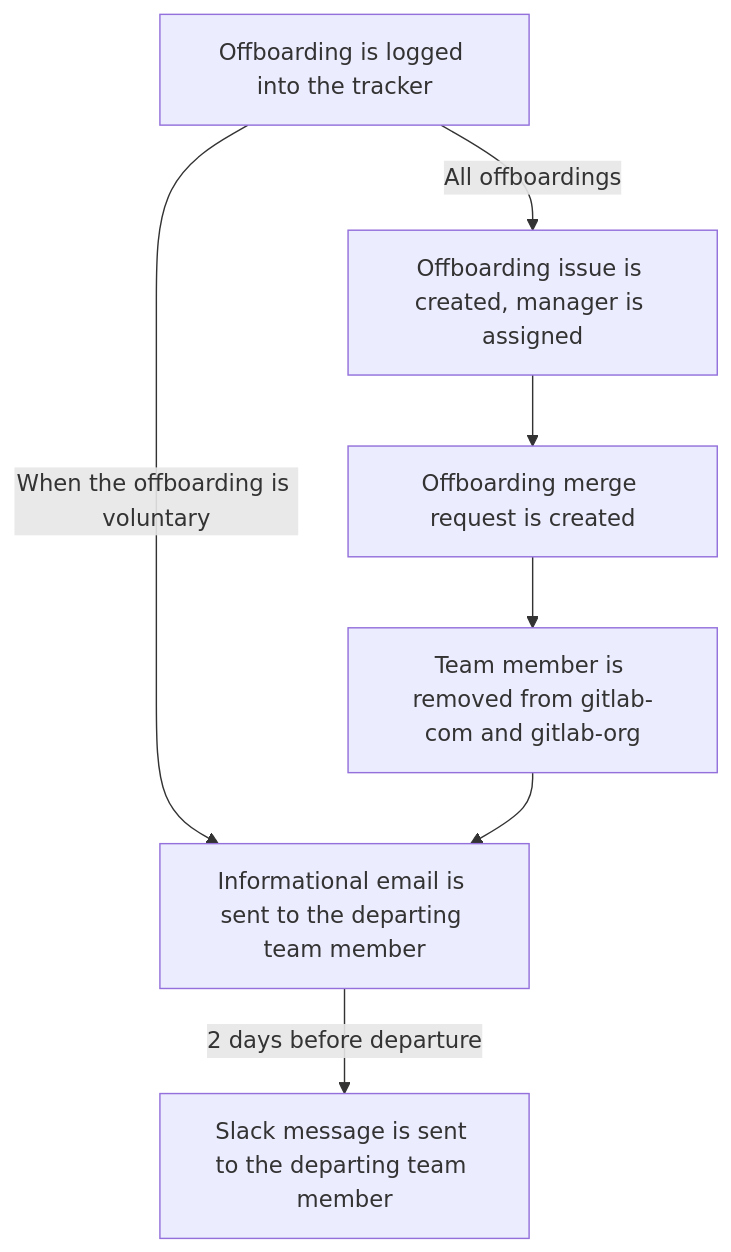
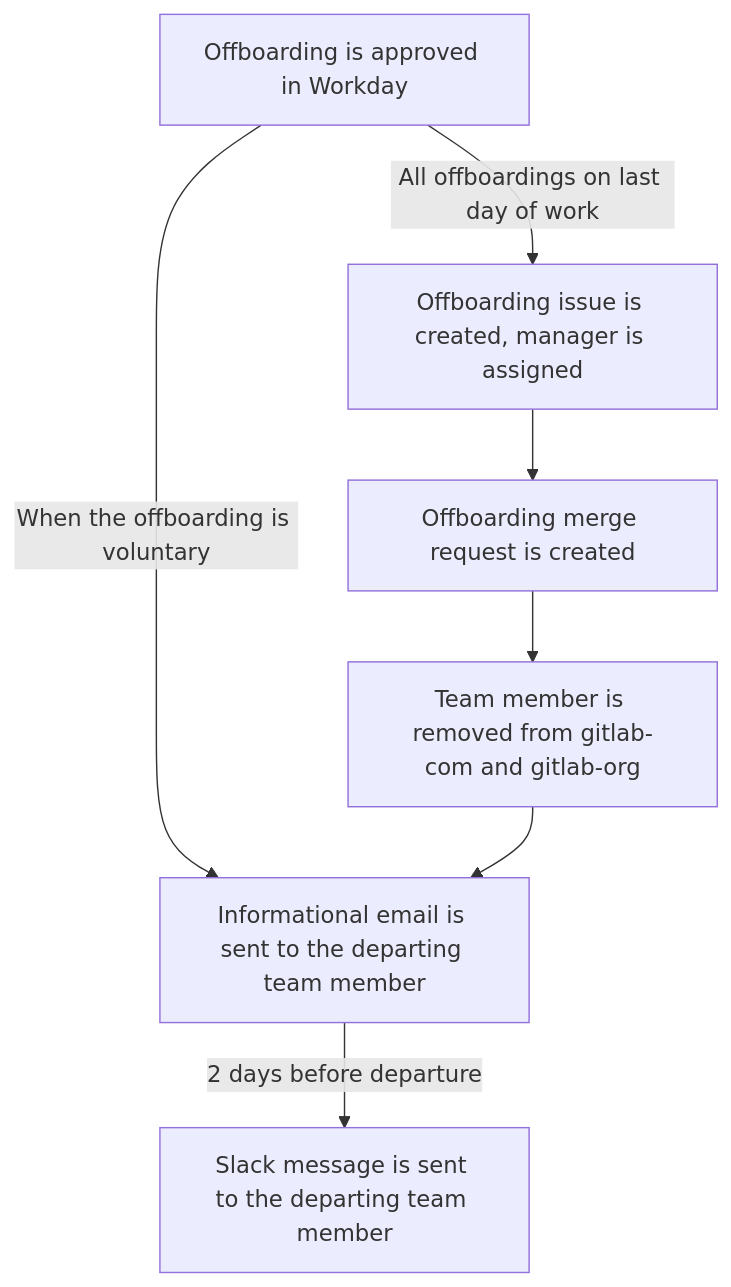
One commit to secretstartups/handbook changed the diagram in content/handbook/people-group/engineering/offboarding.md. Above: the diagram before and after it, drawn with Mermaid. The commit also changed other lines of this file, not shown here.

Commit message:
Update offboarding timeline flow and scheduled offboarding docs

````diff
--- a/content/handbook/people-group/engineering/offboarding.md
+++ b/content/handbook/people-group/engineering/offboarding.md
@@ -14,10 +14,10 @@
 ```mermaid
 graph TD
-  A[Offboarding is logged into the tracker] --> |All offboardings| B
+  A[Offboarding is approved in Workday] --> |All offboardings on last day of work| B
   A --> |When the offboarding is voluntary| G
   B[Offboarding issue is created, manager is assigned] --> C
   C[Offboarding merge request is created] --> D
   D[Team member is removed from gitlab-com and gitlab-org] --> G
   G[Informational email is sent to the departing team member] --> |2 days before departure| H
   H[Slack message is sent to the departing team member]
 ```
````
